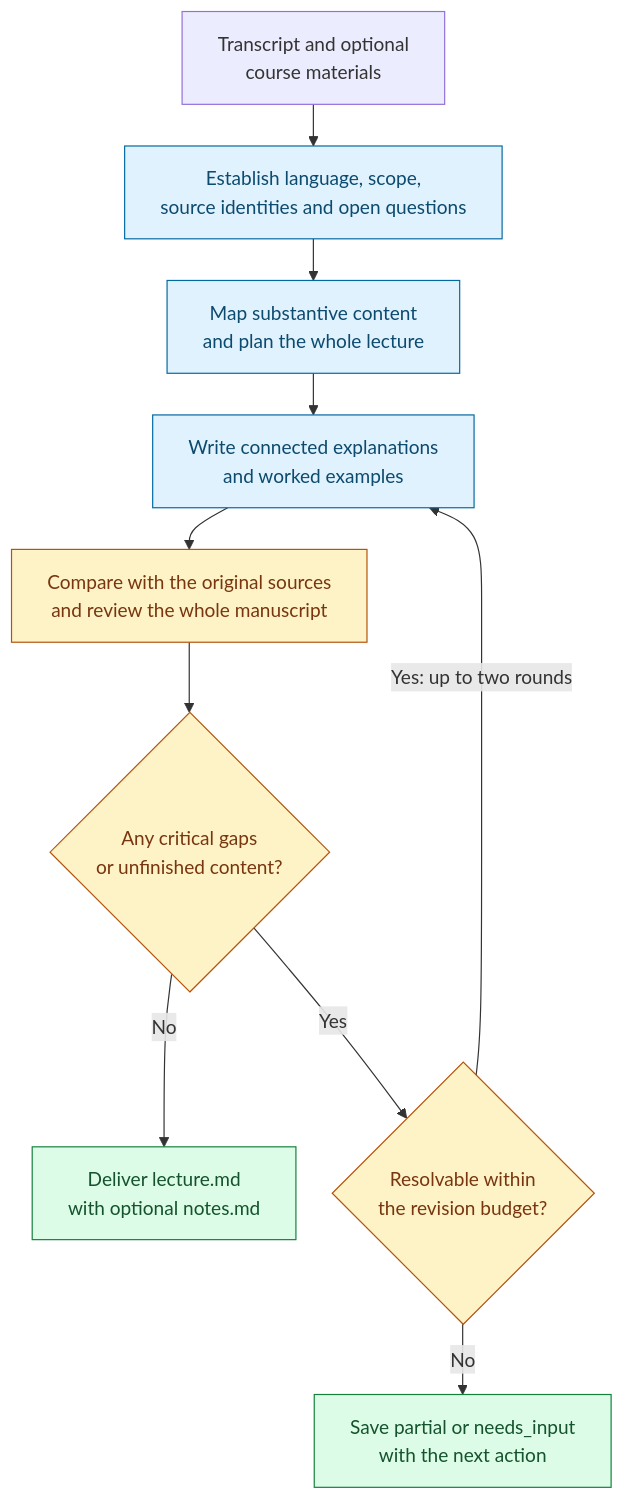
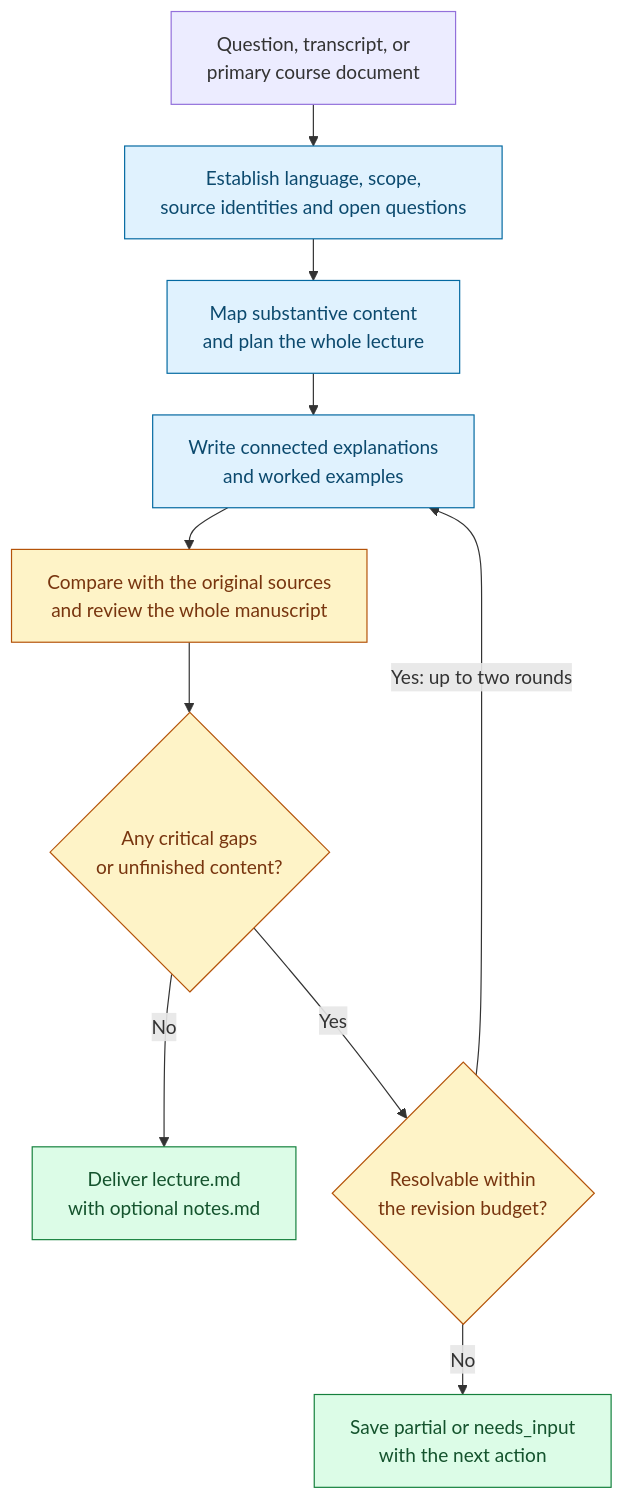
Before and after one commit to ariel-lee-1023/Lecture-Reconstructor: the first of 3 diagrams in README.md, drawn with Mermaid. The commit also changed other lines of this file and 67 other files, not shown here.

Commit message:
Rebuild lecture reconstruction around primary sources and teachable questions

````diff
--- a/README.md
+++ b/README.md
@@ -17,29 +17,29 @@
 ```mermaid
 ---
 config:
   look: classic
   flowchart:
     wrappingWidth: 260
     rankSpacing: 35
     nodeSpacing: 30
 ---
 flowchart TD
-    accTitle: From classroom transcript to complete lecture
+    accTitle: From a course problem or primary material to a complete lecture
     accDescr: Read and map the entire course, draft explanations, review the manuscript, and either deliver it or preserve unresolved work.
-    input["Transcript and optional<br/>course materials"] --> frame["Establish language, scope,<br/>source identities and open questions"]
+    input["Question, transcript, or<br/>primary course document"] --> frame["Establish language, scope,<br/>source identities and open questions"]
     frame --> plan["Map substantive content<br/>and plan the whole lecture"]
     plan --> draft["Write connected explanations<br/>and worked examples"]
     draft --> review["Compare with the original sources<br/>and review the whole manuscript"]
     review --> ready{"Any critical gaps<br/>or unfinished content?"}
     ready -->|No| deliver["Deliver lecture.md<br/>with optional notes.md"]
     ready -->|Yes| repair{"Resolvable within<br/>the revision budget?"}
     repair -->|Yes: up to two rounds| draft
     repair -->|No| partial["Save partial or needs_input<br/>with the next action"]
 
     classDef focus fill:#e0f2fe,stroke:#0369a1,color:#0c4a6e
     classDef result fill:#dcfce7,stroke:#15803d,color:#14532d
     classDef decision fill:#fef3c7,stroke:#b45309,color:#78350f
     class frame,plan,draft focus
     class deliver,partial result
     class review,ready,repair decision
 ```
````
